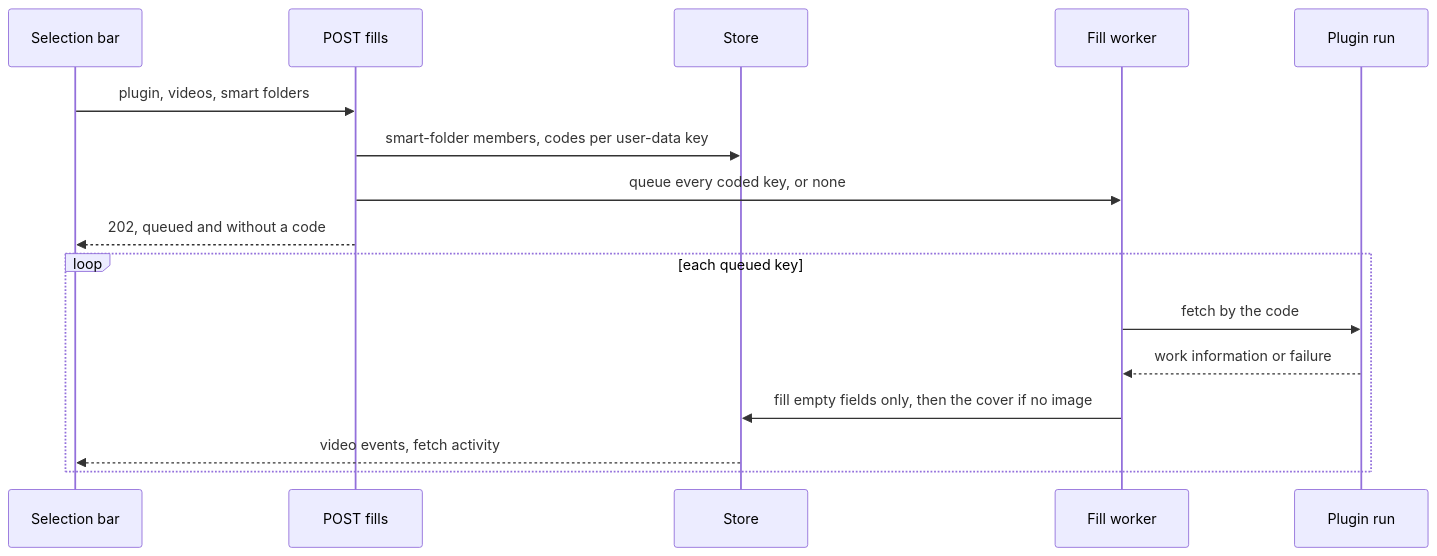
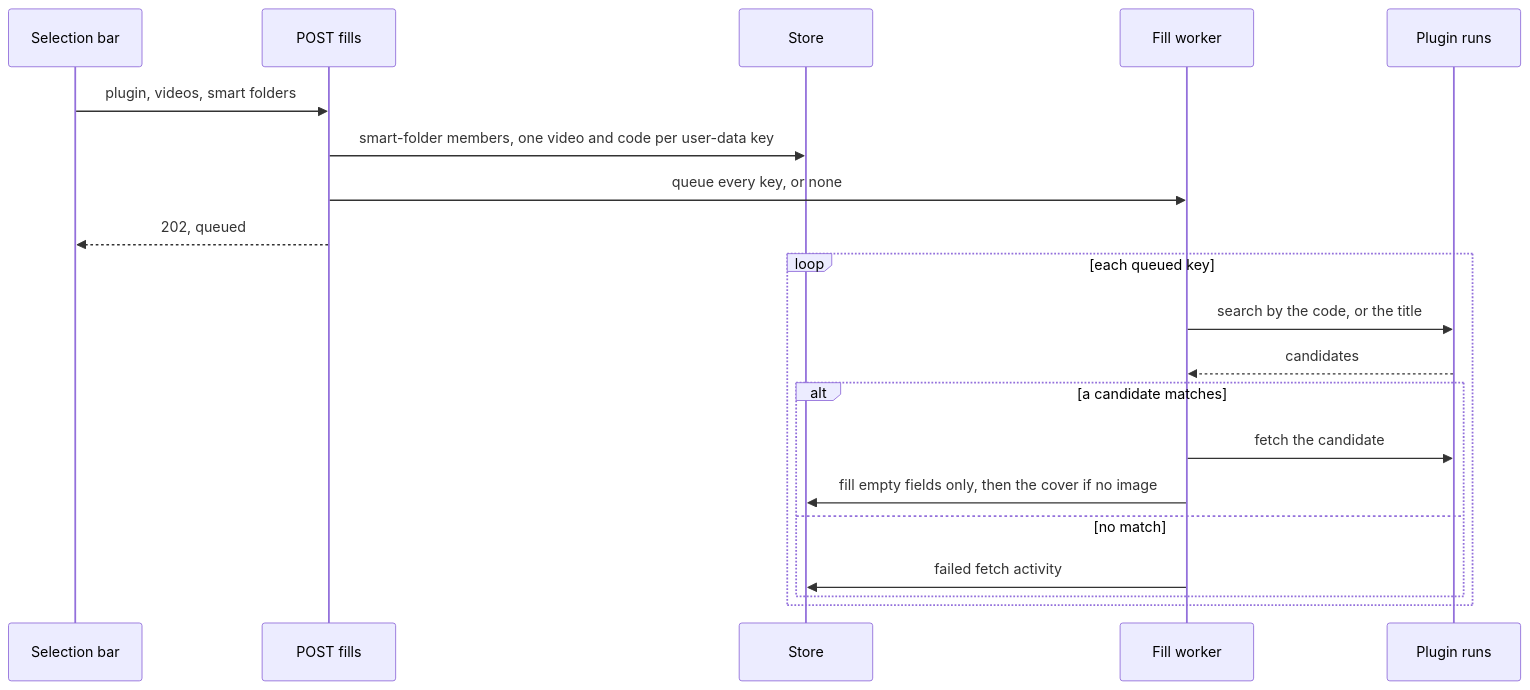
Before and after one commit to syudead/vv: the second of 2 diagrams in docs/design-docs/link-fetch.md, drawn with Mermaid. The commit also changed other lines of this file and 24 other files, not shown here.

First line of the commit message:
Fill a selection by a plugin's search instead of fetching by code

````diff
--- a/docs/design-docs/link-fetch.md
+++ b/docs/design-docs/link-fetch.md
@@ -171,18 +170,22 @@
 ```mermaid
 sequenceDiagram
   participant P as Selection bar
   participant H as POST fills
   participant S as Store
   participant Q as Fill worker
-  participant R as Plugin run
+  participant R as Plugin runs
   P->>H: plugin, videos, smart folders
-  H->>S: smart-folder members, codes per user-data key
-  H->>Q: queue every coded key, or none
-  H-->>P: 202, queued and without a code
+  H->>S: smart-folder members, one video and code per user-data key
+  H->>Q: queue every key, or none
+  H-->>P: 202, queued
   loop each queued key
-    Q->>R: fetch by the code
-    R-->>Q: work information or failure
-    Q->>S: fill empty fields only, then the cover if no image
-    S-->>P: video events, fetch activity
+    Q->>R: search by the code, or the title
+    R-->>Q: candidates
+    alt a candidate matches
+      Q->>R: fetch the candidate
+      Q->>S: fill empty fields only, then the cover if no image
+    else no match
+      Q->>S: failed fetch activity
+    end
   end
 ```
````
